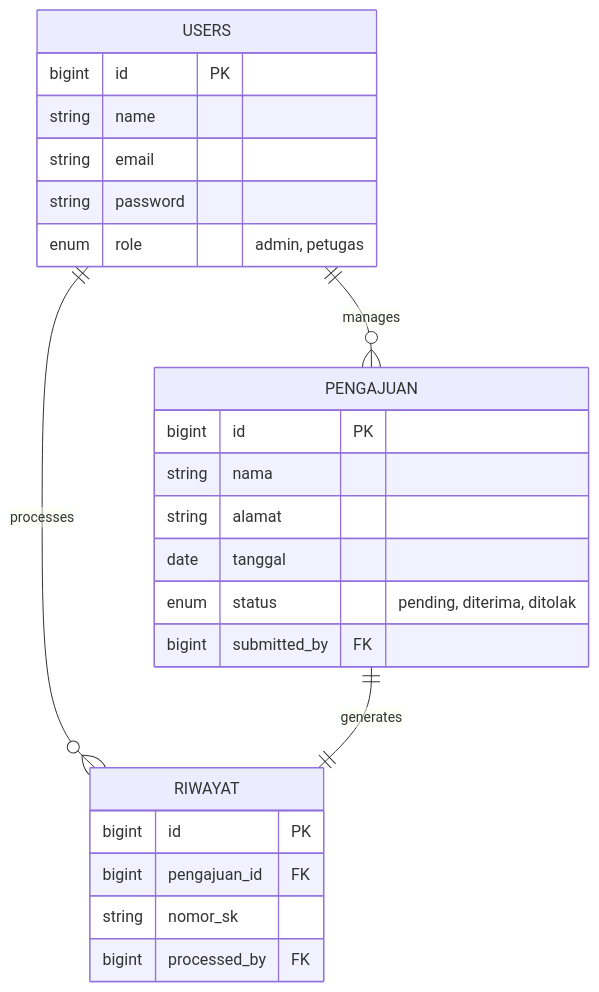
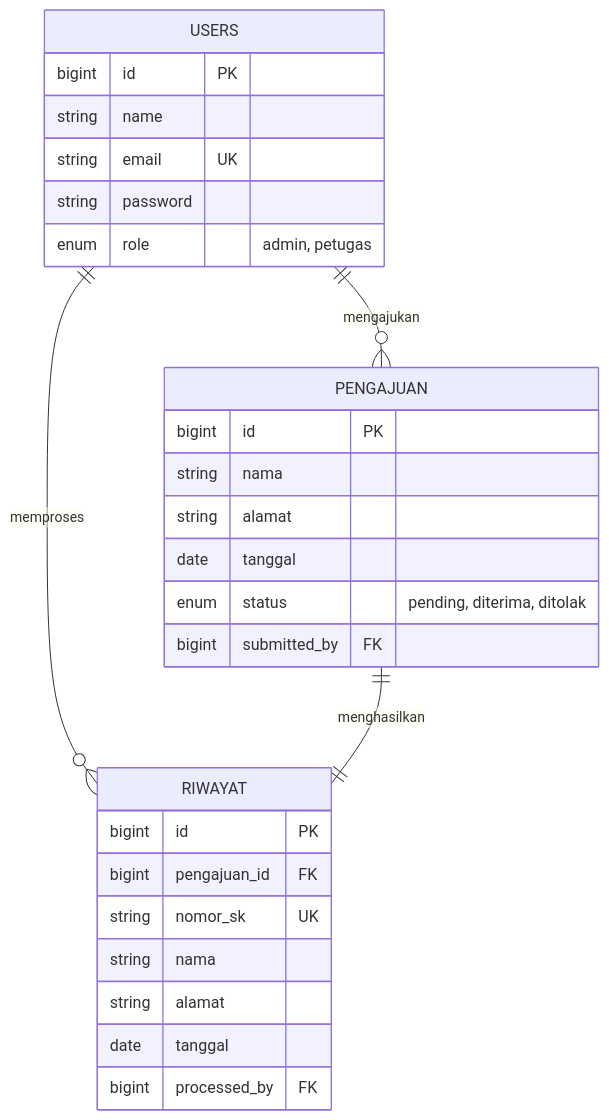
The second of 4 diagrams in README.md (dodepunia2002/sistem-penomoran-sk), drawn with Mermaid before and after one commit. The commit also changed other lines of this file and 16 other files, not shown here.

First line of the commit message:
chore: cleanup & polish — fix README diagrams, gitignore, Makefile, remove routes.json

````diff
--- a/README.md
+++ b/README.md
@@ -217,30 +273,33 @@
 ```mermaid
 erDiagram
-    USERS ||--o{ PENGAJUAN : "manages"
-    USERS ||--o{ RIWAYAT : "processes"
-    PENGAJUAN ||--|| RIWAYAT : "generates"
+    USERS ||--o{ PENGAJUAN : "mengajukan"
+    USERS ||--o{ RIWAYAT   : "memproses"
+    PENGAJUAN ||--|| RIWAYAT : "menghasilkan"
 
     USERS {
-        bigint id PK
-        string name
-        string email
-        string password
-        enum role "admin, petugas"
+        bigint  id         PK
+        string  name
+        string  email      UK
+        string  password
+        enum    role       "admin, petugas"
     }
 
     PENGAJUAN {
-        bigint id PK
-        string nama
-        string alamat
-        date tanggal
-        enum status "pending, diterima, ditolak"
-        bigint submitted_by FK
+        bigint  id           PK
+        string  nama
+        string  alamat
+        date    tanggal
+        enum    status       "pending, diterima, ditolak"
+        bigint  submitted_by FK
     }
 
     RIWAYAT {
-        bigint id PK
-        bigint pengajuan_id FK
-        string nomor_sk
-        bigint processed_by FK
+        bigint  id           PK
+        bigint  pengajuan_id FK
+        string  nomor_sk     UK
+        string  nama
+        string  alamat
+        date    tanggal
+        bigint  processed_by FK
     }
 ```
````
